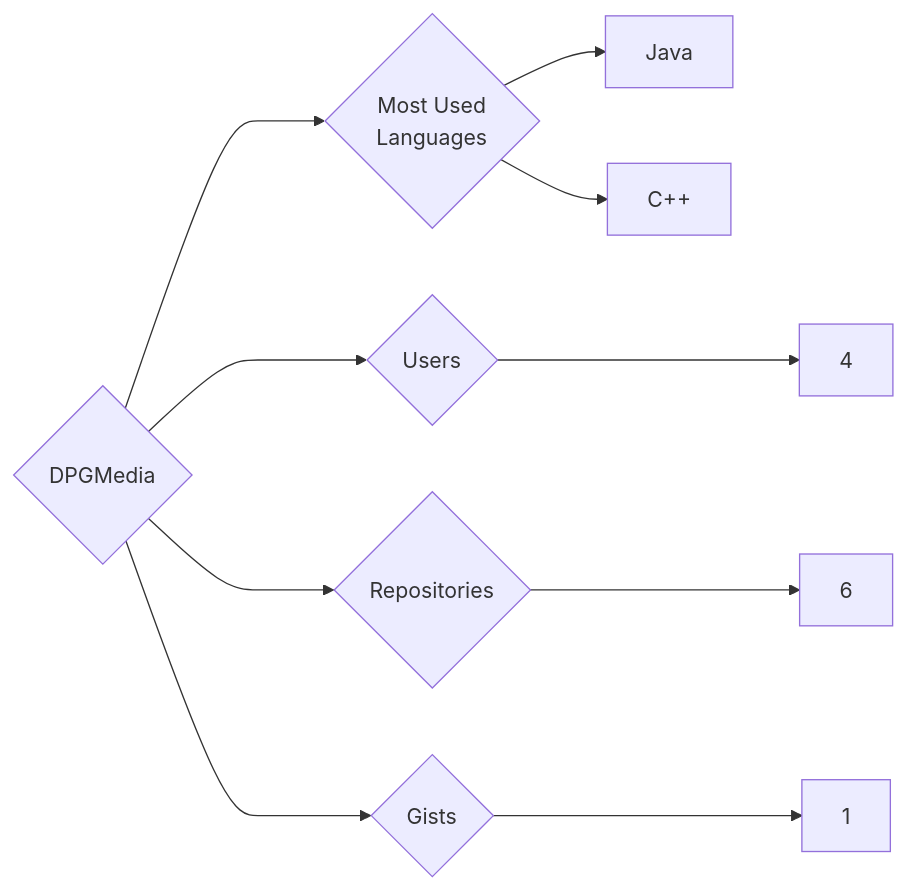
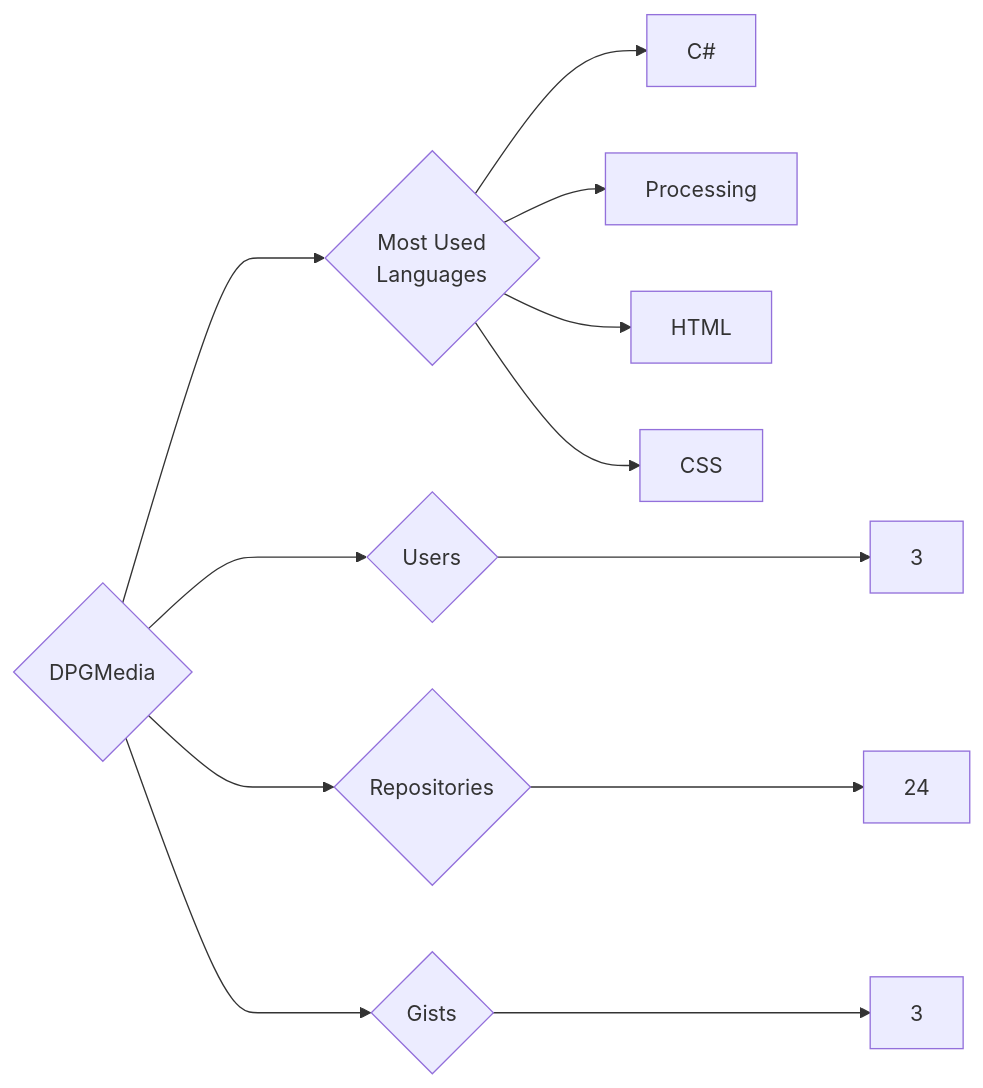
The diagram in targets/DPGMedia/README.md (trickest/insiders), drawn with Mermaid before and after one commit. The commit also changed 611 other files, not shown here.

````diff
--- a/targets/DPGMedia/README.md
+++ b/targets/DPGMedia/README.md
@@ -3,10 +3,12 @@
 ```mermaid
 graph LR
 COMPANY_NAME{DPGMedia}
-COMPANY_NAME ---> U{Users} ---> UN[4]
-COMPANY_NAME ---> R{Repositories} ---> RN[6]
-COMPANY_NAME ---> G{Gists} ---> GN[1]
+COMPANY_NAME ---> U{Users} ---> UN[3]
+COMPANY_NAME ---> R{Repositories} ---> RN[24]
+COMPANY_NAME ---> G{Gists} ---> GN[3]
 COMPANY_NAME ---> ML{Most Used<br>Languages}
-ML --> Java[Java]
-ML --> C++[C++]
+ML --> C#[C#]
+ML --> Processing[Processing]
+ML --> HTML[HTML]
+ML --> CSS[CSS]
 ```
````
